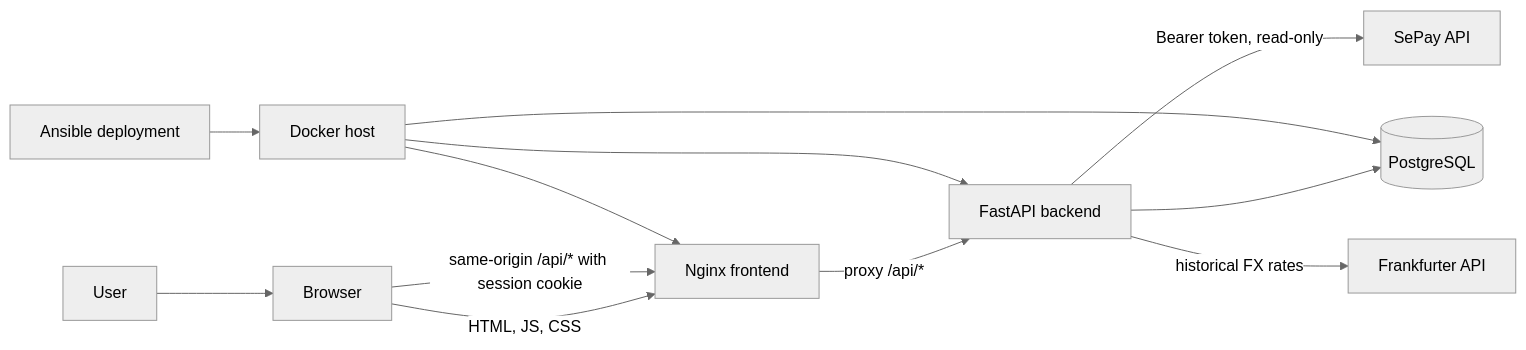
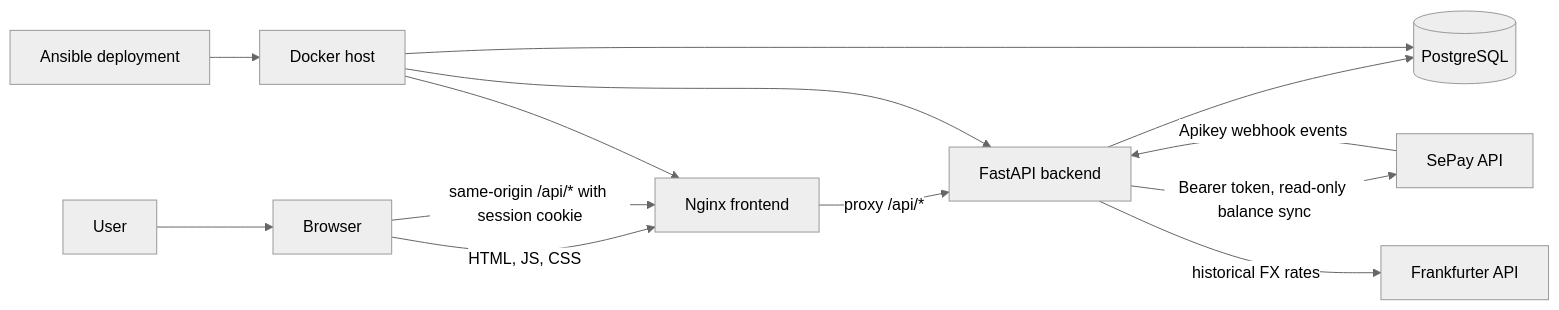
One commit to st-mich43l/apexvoid-ledger changed the first of 10 diagrams in docs/ARCHITECTURE.md. Above: the diagram before and after it, drawn with Mermaid (neutral theme). The commit also changed other lines of this file and 20 other files, not shown here.

Commit message:
feat: add SePay webhook cash flow integration

````diff
--- a/docs/ARCHITECTURE.md
+++ b/docs/ARCHITECTURE.md
@@ -22,14 +23,15 @@
 ```mermaid
 flowchart LR
     U[User] --> B[Browser]
     B -->|HTML, JS, CSS| N[Nginx frontend]
     B -->|same-origin /api/* with session cookie| N
     N -->|proxy /api/*| A[FastAPI backend]
     A --> DB[(PostgreSQL)]
-    A -->|Bearer token, read-only| S[SePay API]
+    A -->|Bearer token, read-only balance sync| S[SePay API]
+    S -->|Apikey webhook events| A
     A -->|historical FX rates| FX[Frankfurter API]
     OPS[Ansible deployment] --> VPS[Docker host]
     VPS --> N
     VPS --> A
     VPS --> DB
 ```
````
